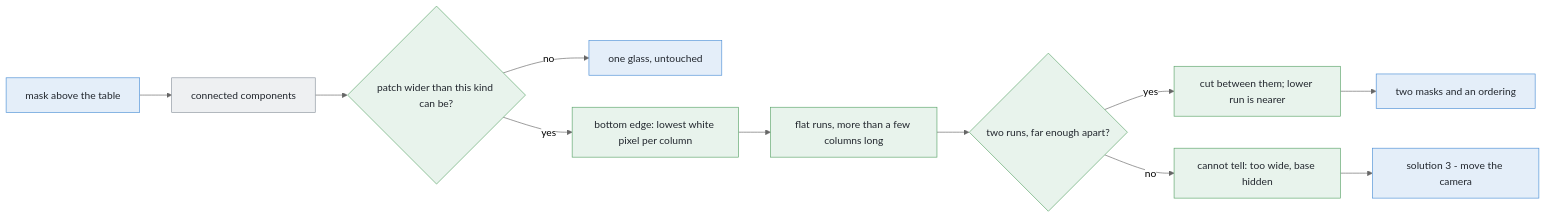
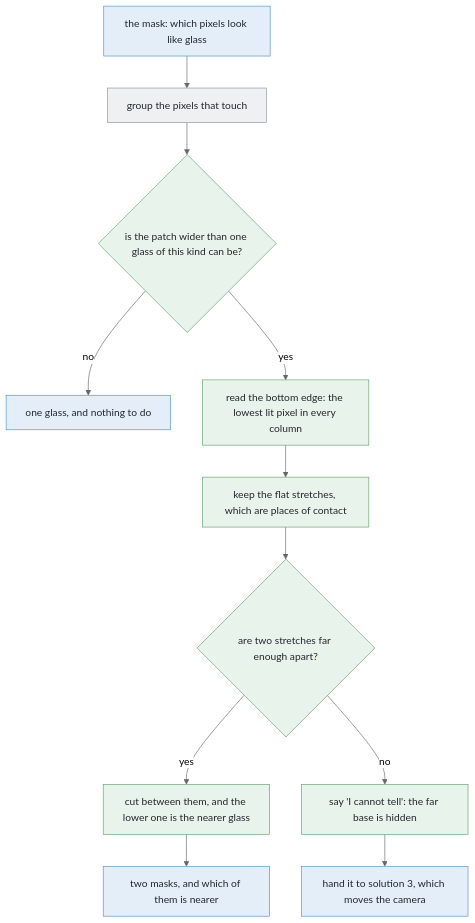
Before and after one commit to RobinNagpal/robot-arm-projects: the diagram in v5-pick-glasses/docs/problem-2/solutions/01-split-the-blob-in-the-picture.md, drawn with Mermaid (neutral theme). The commit also changed other lines of this file, not shown here.

First line of the commit message:
Solution 1 rewritten for a first-time reader

````diff
--- a/v5-pick-glasses/docs/problem-2/solutions/01-split-the-blob-in-the-picture.md
+++ b/v5-pick-glasses/docs/problem-2/solutions/01-split-the-blob-in-the-picture.md
@@ -350,24 +276,24 @@
 ```mermaid
-flowchart LR
-    M["mask above the table"] --> CC["connected components"]
-    CC --> W{"patch wider than this kind can be?"}
-    W -->|"no"| ONE["one glass, untouched"]
-    W -->|"yes"| U["bottom edge: lowest white pixel per column"]
-    U --> RR["flat runs, more than a few columns long"]
-    RR --> G{"two runs, far enough apart?"}
-    G -->|"yes"| CUT["cut between them; lower run is nearer"]
-    G -->|"no"| AB["cannot tell: too wide, base hidden"]
-    CUT --> REP["two masks and an ordering"]
-    AB --> S3["solution 3 - move the camera"]
+flowchart TD
+    M["the mask: which pixels look like glass"] --> CC["group the pixels that touch"]
+    CC --> W{"is the patch wider than one glass of this kind can be?"}
+    W -->|"no"| ONE["one glass, and nothing to do"]
+    W -->|"yes"| U["read the bottom edge: the lowest lit pixel in every column"]
+    U --> RR["keep the flat stretches, which are places of contact"]
+    RR --> G{"are two stretches far enough apart?"}
+    G -->|"yes"| CUT["cut between them, and the lower one is the nearer glass"]
+    G -->|"no"| AB["say 'I cannot tell': the far base is hidden"]
+    CUT --> REP["two masks, and which of them is nearer"]
+    AB --> S3["hand it to solution 3, which moves the camera"]
     style M fill:#e4eef9,stroke:#4c8fd6,color:#22272e
+    style CC fill:#eef0f2,stroke:#8b949e,color:#22272e
     style ONE fill:#e4eef9,stroke:#4c8fd6,color:#22272e
     style REP fill:#e4eef9,stroke:#4c8fd6,color:#22272e
     style S3 fill:#e4eef9,stroke:#4c8fd6,color:#22272e
-    style CC fill:#eef0f2,stroke:#8b949e,color:#22272e
     style W fill:#e8f3ec,stroke:#5aa469,color:#22272e
     style U fill:#e8f3ec,stroke:#5aa469,color:#22272e
     style RR fill:#e8f3ec,stroke:#5aa469,color:#22272e
     style G fill:#e8f3ec,stroke:#5aa469,color:#22272e
     style CUT fill:#e8f3ec,stroke:#5aa469,color:#22272e
     style AB fill:#e8f3ec,stroke:#5aa469,color:#22272e
 ```
````
